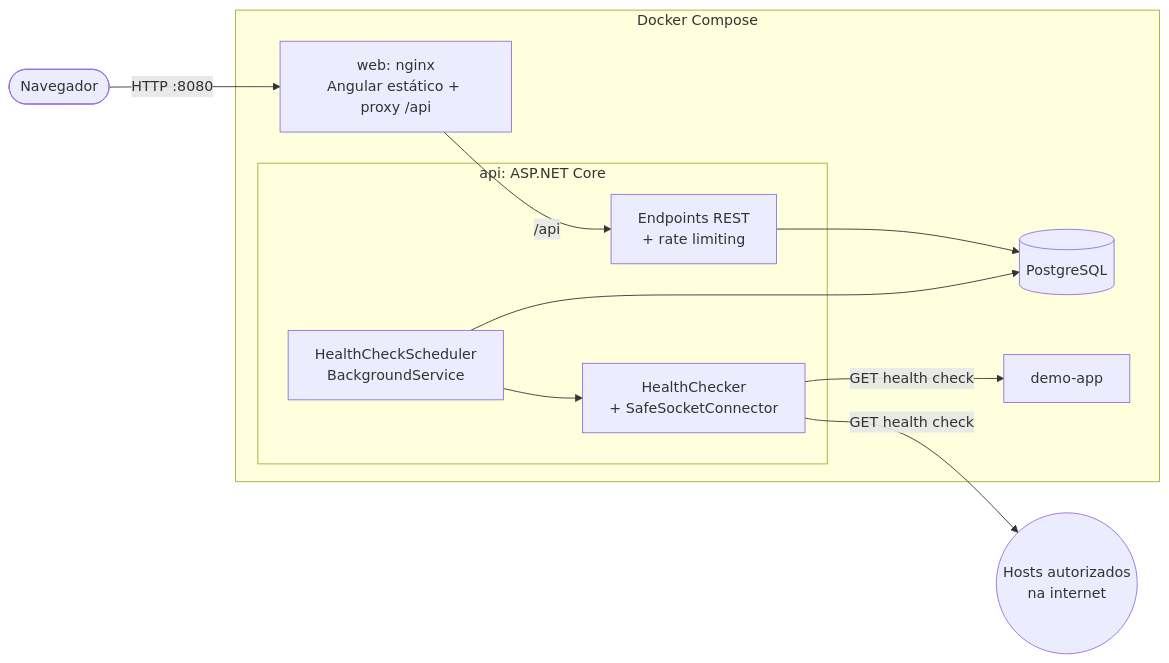
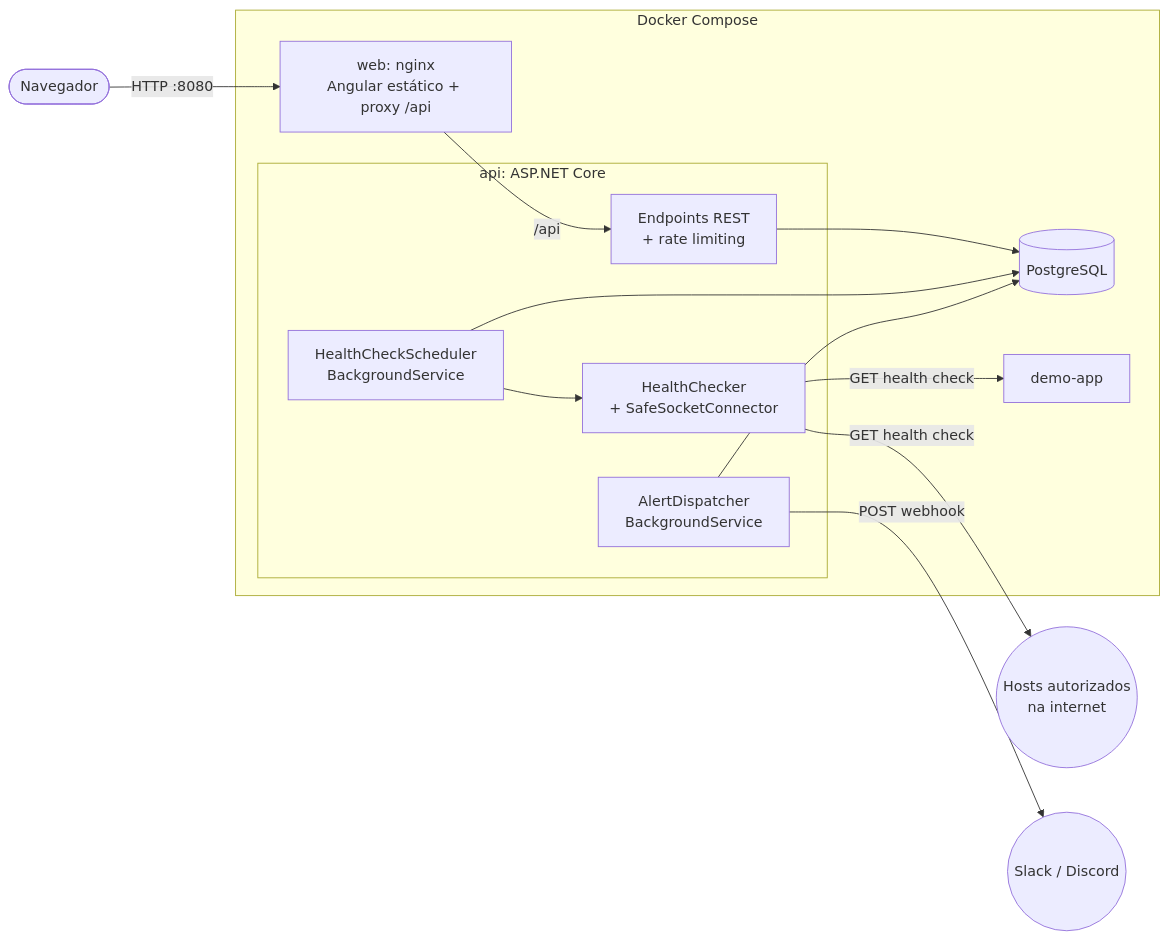
Before and after one commit to Thomaiiz/deployguard: the first of 3 diagrams in README.md, drawn with Mermaid. The commit also changed other lines of this file and 3 other files, not shown here.

````diff
--- a/README.md
+++ b/README.md
@@ -88,22 +97,25 @@
 ```mermaid
 flowchart LR
     user([Navegador]) -->|HTTP :8080| nginx
 
     subgraph compose[Docker Compose]
         nginx[web: nginx<br/>Angular estático + proxy /api]
         subgraph api[api: ASP.NET Core]
             endpoints[Endpoints REST<br/>+ rate limiting]
             scheduler[HealthCheckScheduler<br/>BackgroundService]
             checker[HealthChecker<br/>+ SafeSocketConnector]
+            dispatcher[AlertDispatcher<br/>BackgroundService]
         end
         db[(PostgreSQL)]
         demo[demo-app]
     end
 
     nginx -->|/api| endpoints
     endpoints --> db
     scheduler --> db
     scheduler --> checker
     checker -->|GET health check| demo
     checker -->|GET health check| internet((Hosts autorizados<br/>na internet))
+    dispatcher --> db
+    dispatcher -->|POST webhook| chat((Slack / Discord))
 ```
````
